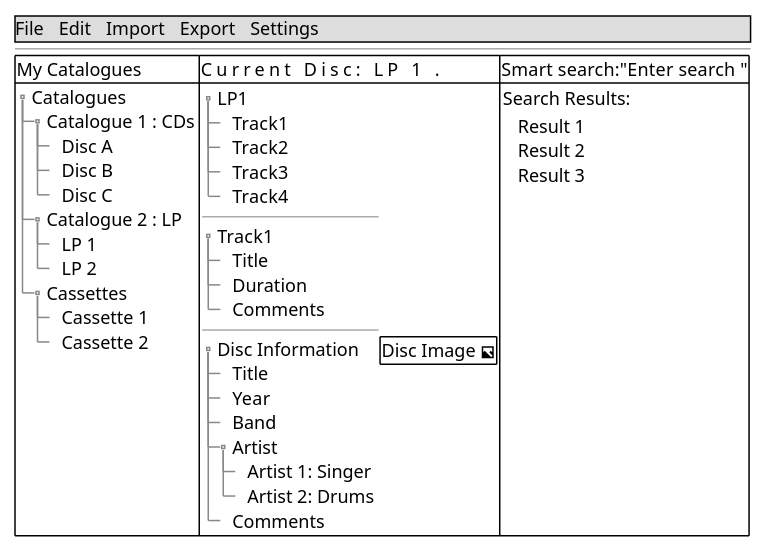
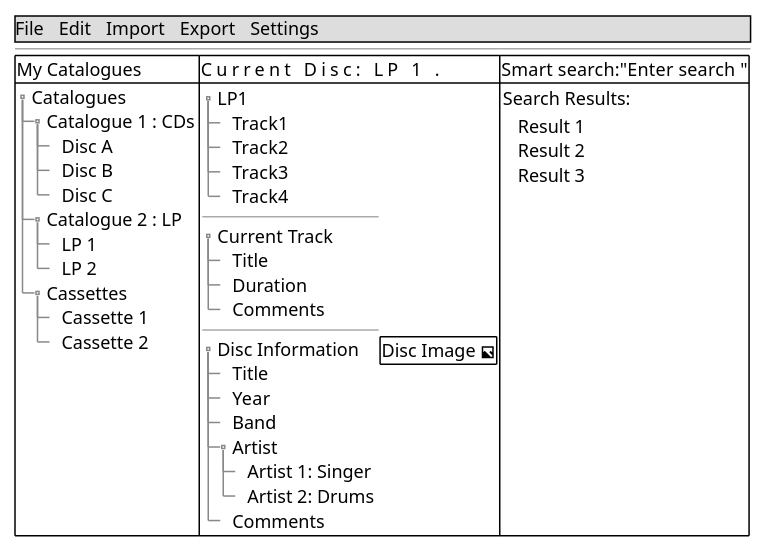
Before and after one commit to AxoKoi/BandurriaJ: the diagram in doc/design/Gui/Gui.puml, drawn with PlantUML. The commit also changed 2 other files, not shown here.

```diff
--- a/doc/design/Gui/Gui.puml
+++ b/doc/design/Gui/Gui.puml
@@ -1,58 +1,57 @@
 @startuml
 salt
 {
     {* File | Edit | Import | Export | Settings }
     --
     {#
     My Catalogues | Current Disc: LP 1                  .| Smart search:"Enter search  "
         {T
          + Catalogues
           ++ Catalogue 1 : CDs
            +++ Disc A
            +++ Disc B
            +++ Disc C
           ++ Catalogue 2 : LP
            +++ LP 1
            +++ LP 2
           ++ Cassettes
            +++ Cassette 1
            +++ Cassette 2
         } | {
               {T
                 + LP1
                 ++ Track1
                 ++ Track2
                 ++ Track3
                 ++ Track4
               }
              --
              {T
-               +Track1
+               + Current Track
                 ++ Title
                 ++ Duration
                 ++ Comments
              }
              --
              {T
                +Disc Information
                 ++ Title
                 ++ Year
                 ++ Band
                 ++ Artist
                  +++ Artist 1: Singer
                  +++ Artist 2: Drums
                 ++ Comments
              } | {# Disc Image <&image> }
 
 
            } | { Search Results:
               {T
                 + Result 1
                 + Result 2
                 + Result 3
               }
              }
     }
-
 }
 @enduml
```
